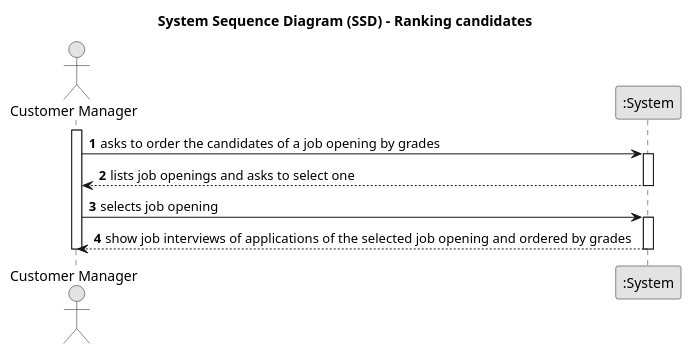
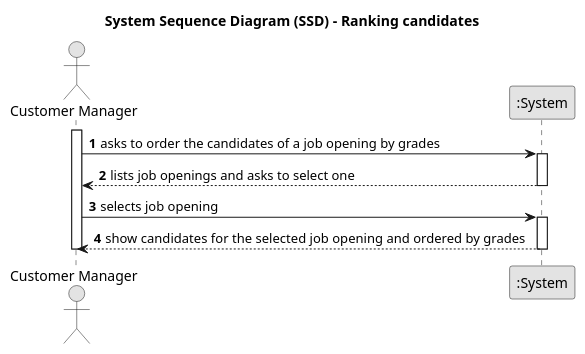
One commit to MiguelCardoso77/LAPR4 changed the diagram in docs/SprintC/ordered-list-of-candidates/system-sequence-diagram.puml. Above: the diagram before and after it, drawn with PlantUML. The commit also changed 2 other files, not shown here.

```diff
--- a/docs/SprintC/ordered-list-of-candidates/system-sequence-diagram.puml
+++ b/docs/SprintC/ordered-list-of-candidates/system-sequence-diagram.puml
@@ -1,30 +1,30 @@
 @startuml
 skinparam monochrome true
 skinparam packageStyle rectangle
 skinparam shadowing false
 
 title System Sequence Diagram (SSD) - Ranking candidates
 
 autonumber
 
 actor "Customer Manager" as CMAN
 participant ":System" as System
 
 activate CMAN
 
     CMAN -> System : asks to order the candidates of a job opening by grades
     activate System
 
 
        System --> CMAN : lists job openings and asks to select one
     deactivate System
 
     CMAN -> System : selects job opening
     activate System
 
-        System --> CMAN : show job interviews of applications of the selected job opening and ordered by grades
+        System --> CMAN : show candidates for the selected job opening and ordered by grades
     deactivate System
 
 deactivate CMAN
 
 @enduml
```
